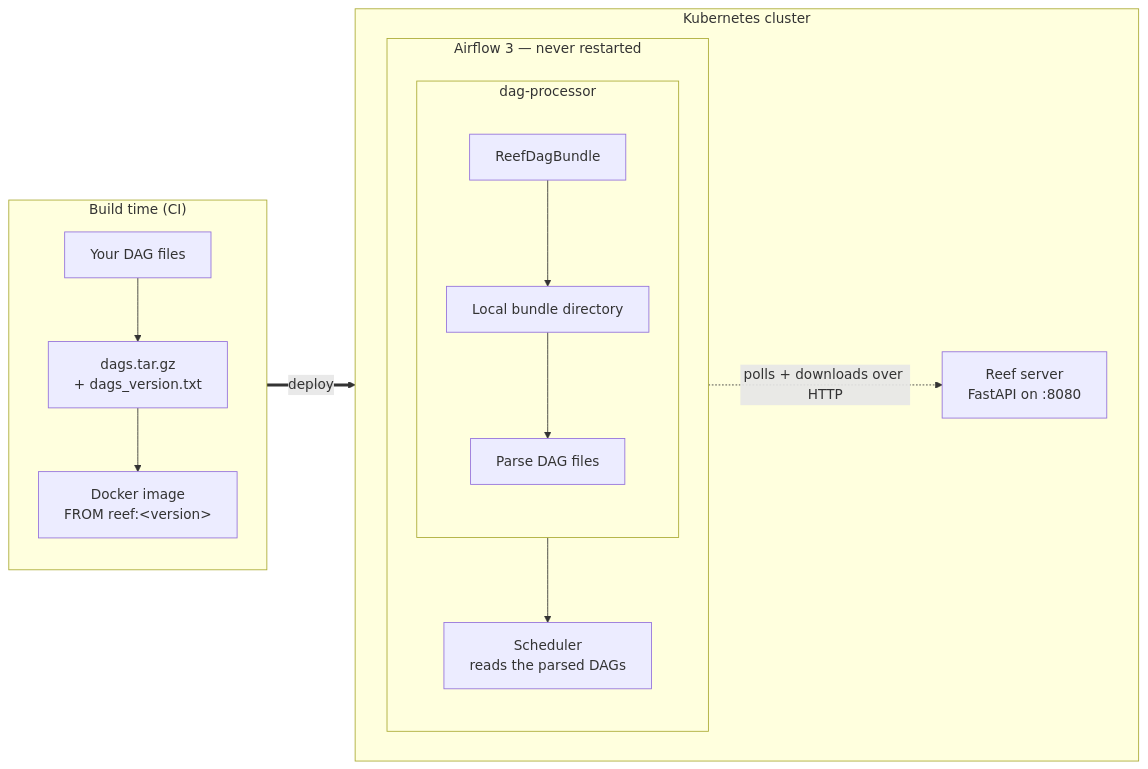
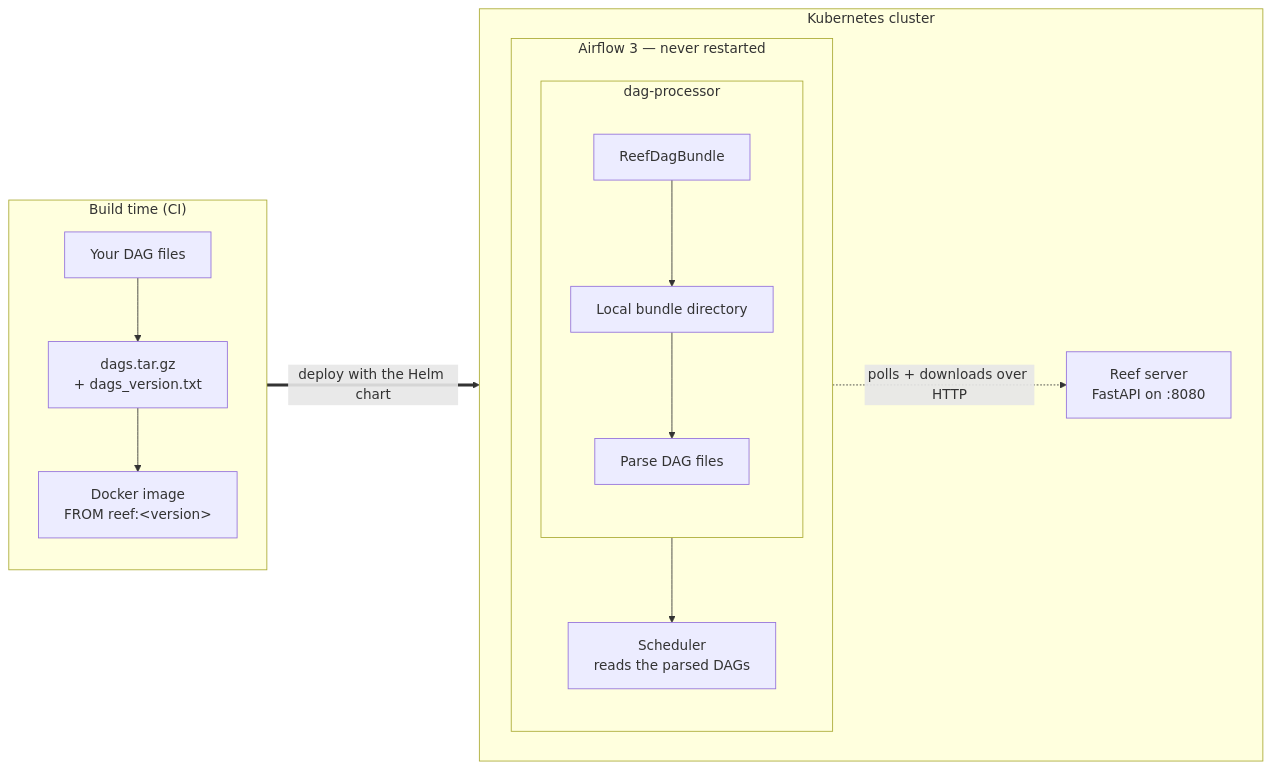
The first of 2 diagrams in README.md (TKul6/reef), drawn with Mermaid before and after one commit. The commit also changed other lines of this file and 4 other files, not shown here.

````diff
--- a/README.md
+++ b/README.md
@@ -48,27 +51,27 @@
 ```mermaid
 flowchart LR
     subgraph build["Build time (CI)"]
         direction TB
         src["Your DAG files"] --> tar["dags.tar.gz<br/>+ dags_version.txt"]
         tar --> image["Docker image<br/>FROM reef:&lt;version&gt;"]
     end
 
     subgraph k8s["Kubernetes cluster"]
         direction LR
         reef["Reef server<br/>FastAPI on :8080"]
 
         subgraph airflow["Airflow 3 — never restarted"]
             direction TB
             subgraph dagproc["dag-processor"]
                 direction TB
                 bundle["ReefDagBundle"] --> localdir["Local bundle directory"]
                 localdir --> parse["Parse DAG files"]
             end
             parse --> sched["Scheduler<br/>reads the parsed DAGs"]
         end
 
         bundle -.->|"polls + downloads over HTTP"| reef
     end
 
-    image ==>|"deploy"| reef
+    image ==>|"deploy with the Helm chart"| reef
 ```
````
